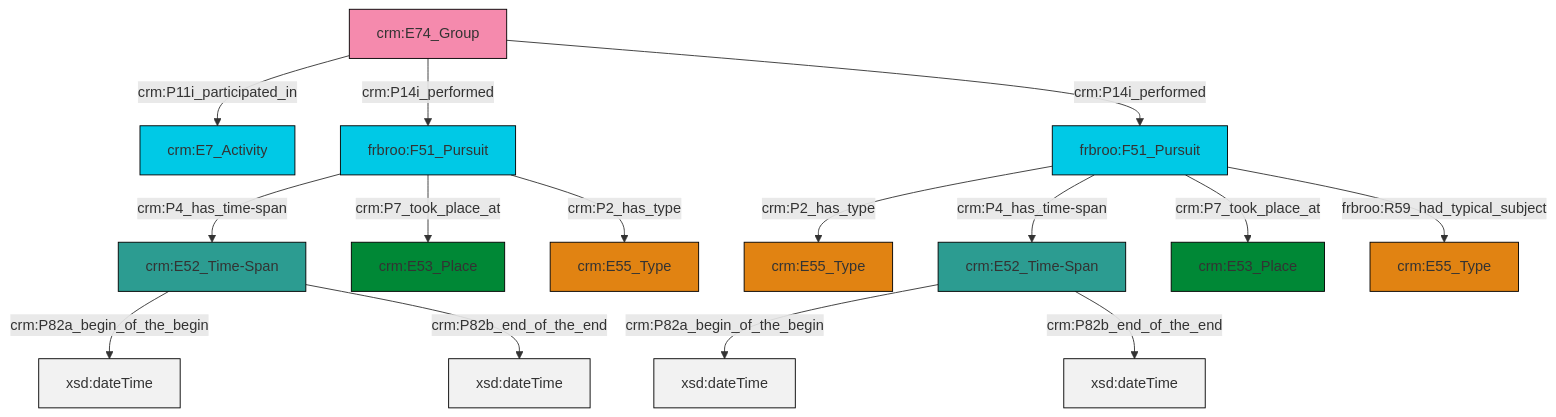
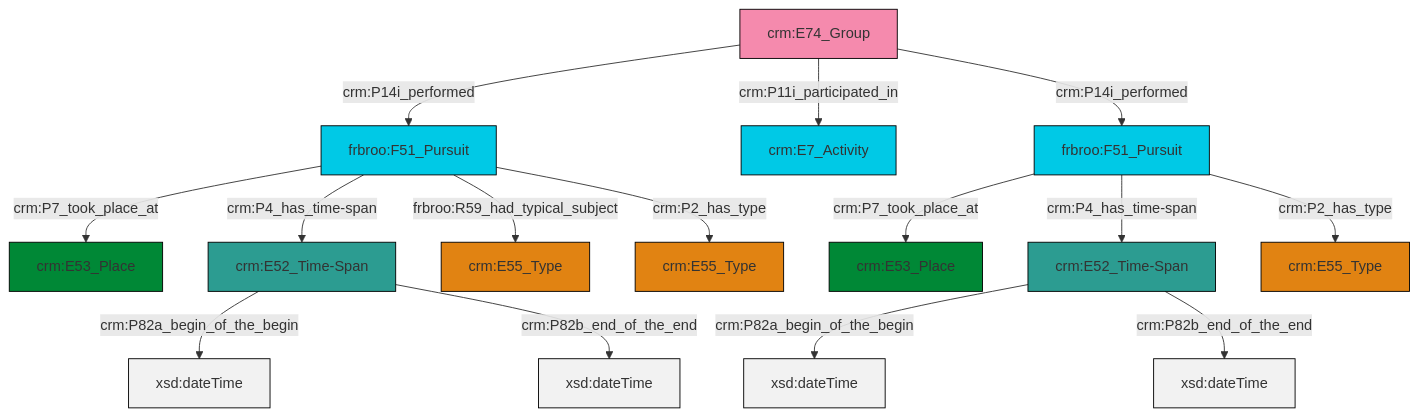
Before and after one commit to swiss-art-research-net/reference-data-models: the diagram in et/groupCSV/ttl/mmd/group_events.ttl.mmd, drawn with Mermaid. The commit also changed 126 other files, not shown here.

```diff
--- a/et/groupCSV/ttl/mmd/group_events.ttl.mmd
+++ b/et/groupCSV/ttl/mmd/group_events.ttl.mmd
@@ -1,29 +1,29 @@
 graph TD
 classDef Literal fill:#f2f2f2,stroke:#000000;
 classDef CRM_Entity fill:#FFFFFF,stroke:#000000;
 classDef Temporal_Entity fill:#00C9E6, stroke:#000000;
 classDef Type fill:#E18312, stroke:#000000;
 classDef Time-Span fill:#2C9C91, stroke:#000000;
 classDef Appellation fill:#FFEB7F, stroke:#000000;
 classDef Place fill:#008836, stroke:#000000;
 classDef Persistent_Item fill:#B266B2, stroke:#000000;
 classDef Conceptual_Object fill:#FFD700, stroke:#000000;
 classDef Physical_Thing fill:#D2B48C, stroke:#000000;
 classDef Actor fill:#f58aad, stroke:#000000;
 classDef PC_Classes fill:#4ce600, stroke:#000000;
 classDef Multi fill:#cccccc,stroke:#000000;
 
-0["frbroo:F51_Pursuit"]:::Temporal_Entity -->|crm:P2_has_type| 1["crm:E55_Type"]:::Type
-6["crm:E74_Group"]:::Actor -->|crm:P11i_participated_in| 4["crm:E7_Activity"]:::Temporal_Entity
-0["frbroo:F51_Pursuit"]:::Temporal_Entity -->|crm:P4_has_time-span| 7["crm:E52_Time-Span"]:::Time-Span
-0["frbroo:F51_Pursuit"]:::Temporal_Entity -->|crm:P7_took_place_at| 8["crm:E53_Place"]:::Place
-9["crm:E52_Time-Span"]:::Time-Span -->|crm:P82a_begin_of_the_begin| 10[xsd:dateTime]:::Literal
-6["crm:E74_Group"]:::Actor -->|crm:P14i_performed| 13["frbroo:F51_Pursuit"]:::Temporal_Entity
-9["crm:E52_Time-Span"]:::Time-Span -->|crm:P82b_end_of_the_end| 20[xsd:dateTime]:::Literal
-13["frbroo:F51_Pursuit"]:::Temporal_Entity -->|crm:P4_has_time-span| 9["crm:E52_Time-Span"]:::Time-Span
-6["crm:E74_Group"]:::Actor -->|crm:P14i_performed| 0["frbroo:F51_Pursuit"]:::Temporal_Entity
-13["frbroo:F51_Pursuit"]:::Temporal_Entity -->|crm:P7_took_place_at| 15["crm:E53_Place"]:::Place
-13["frbroo:F51_Pursuit"]:::Temporal_Entity -->|crm:P2_has_type| 17["crm:E55_Type"]:::Type
-7["crm:E52_Time-Span"]:::Time-Span -->|crm:P82a_begin_of_the_begin| 23[xsd:dateTime]:::Literal
-0["frbroo:F51_Pursuit"]:::Temporal_Entity -->|frbroo:R59_had_typical_subject| 2["crm:E55_Type"]:::Type
-7["crm:E52_Time-Span"]:::Time-Span -->|crm:P82b_end_of_the_end| 27[xsd:dateTime]:::Literal
+0["crm:E52_Time-Span"]:::Time-Span -->|crm:P82a_begin_of_the_begin| 1[xsd:dateTime]:::Literal
+6["crm:E52_Time-Span"]:::Time-Span -->|crm:P82a_begin_of_the_begin| 7[xsd:dateTime]:::Literal
+8["frbroo:F51_Pursuit"]:::Temporal_Entity -->|crm:P7_took_place_at| 9["crm:E53_Place"]:::Place
+14["frbroo:F51_Pursuit"]:::Temporal_Entity -->|crm:P7_took_place_at| 4["crm:E53_Place"]:::Place
+0["crm:E52_Time-Span"]:::Time-Span -->|crm:P82b_end_of_the_end| 15[xsd:dateTime]:::Literal
+10["crm:E74_Group"]:::Actor -->|crm:P14i_performed| 8["frbroo:F51_Pursuit"]:::Temporal_Entity
+8["frbroo:F51_Pursuit"]:::Temporal_Entity -->|crm:P4_has_time-span| 6["crm:E52_Time-Span"]:::Time-Span
+14["frbroo:F51_Pursuit"]:::Temporal_Entity -->|crm:P4_has_time-span| 0["crm:E52_Time-Span"]:::Time-Span
+8["frbroo:F51_Pursuit"]:::Temporal_Entity -->|frbroo:R59_had_typical_subject| 21["crm:E55_Type"]:::Type
+6["crm:E52_Time-Span"]:::Time-Span -->|crm:P82b_end_of_the_end| 22[xsd:dateTime]:::Literal
+14["frbroo:F51_Pursuit"]:::Temporal_Entity -->|crm:P2_has_type| 2["crm:E55_Type"]:::Type
+10["crm:E74_Group"]:::Actor -->|crm:P11i_participated_in| 24["crm:E7_Activity"]:::Temporal_Entity
+8["frbroo:F51_Pursuit"]:::Temporal_Entity -->|crm:P2_has_type| 12["crm:E55_Type"]:::Type
+10["crm:E74_Group"]:::Actor -->|crm:P14i_performed| 14["frbroo:F51_Pursuit"]:::Temporal_Entity
```
